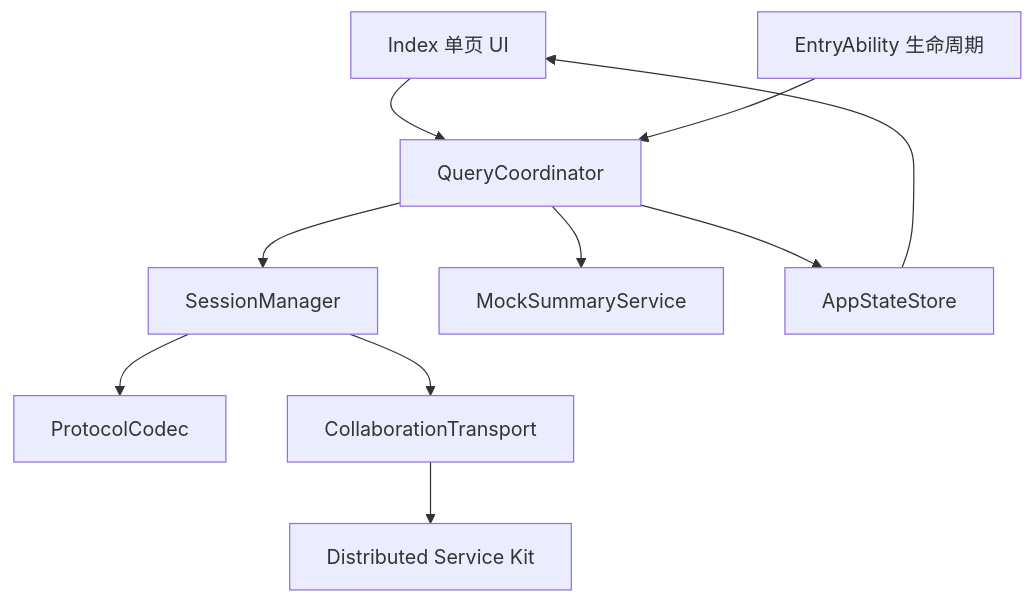
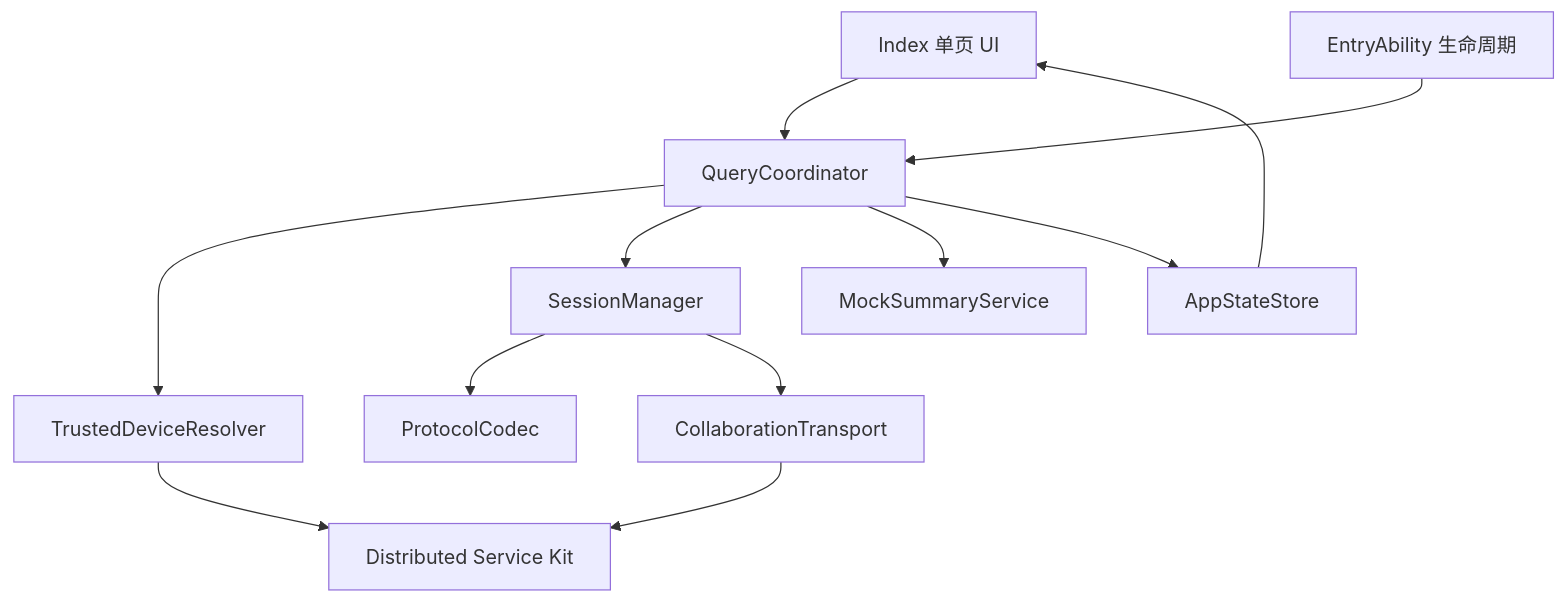
The first of 2 diagrams in docs/superpowers/specs/2026-07-14-semalink-cross-device-communication-mvp-design.md (TokaiTeio666/SemaLink), drawn with Mermaid before and after one commit. The commit also changed other lines of this file and 3 other files, not shown here.

````diff
--- a/docs/superpowers/specs/2026-07-14-semalink-cross-device-communication-mvp-design.md
+++ b/docs/superpowers/specs/2026-07-14-semalink-cross-device-communication-mvp-design.md
@@ -26,12 +26,14 @@
 ```mermaid
 flowchart TB
     UI["Index 单页 UI"] --> QC["QueryCoordinator"]
     EA["EntryAbility 生命周期"] --> QC
+    QC --> DR["TrustedDeviceResolver"]
     QC --> SM["SessionManager"]
     QC --> MS["MockSummaryService"]
     SM --> PC["ProtocolCodec"]
     SM --> CT["CollaborationTransport"]
     CT --> DSK["Distributed Service Kit"]
+    DR --> DSK
     QC --> AS["AppStateStore"]
     AS --> UI
 ```
````
